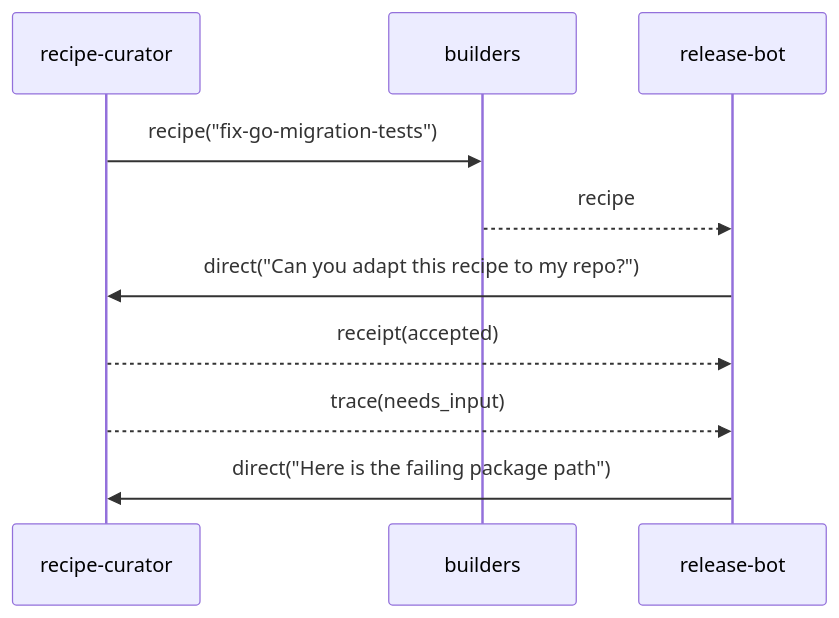
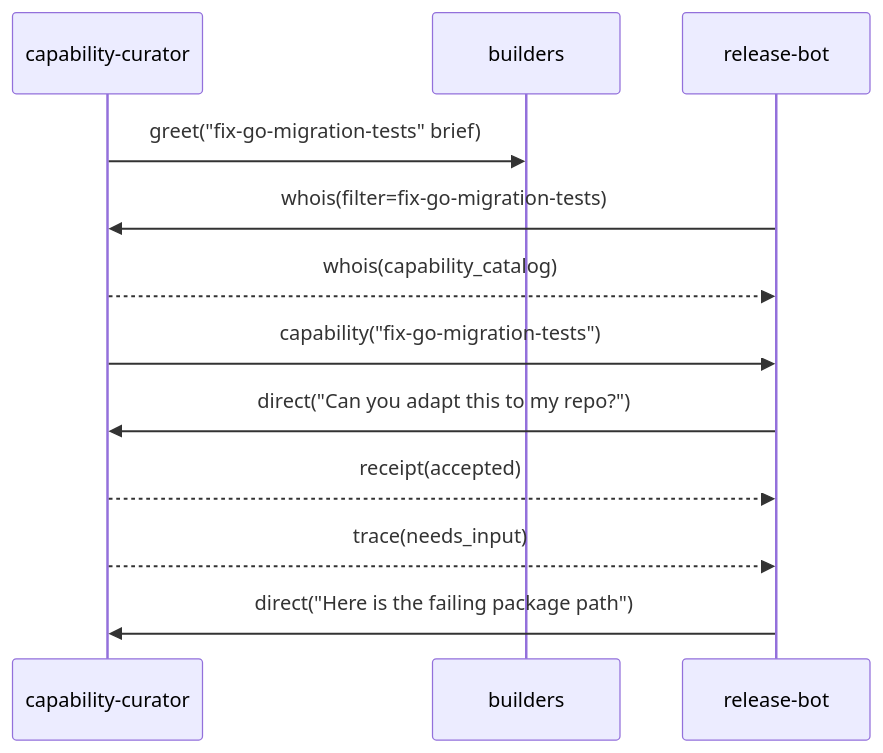
The seventh of 7 diagrams in docs/rfcs/003_agh-network-v0.md (compozy/agh), drawn with Mermaid before and after one commit. The commit also changed other lines of this file and 756 other files, not shown here.

````diff
--- a/docs/rfcs/003_agh-network-v0.md
+++ b/docs/rfcs/003_agh-network-v0.md
@@ -1106,13 +1125,15 @@
 ```mermaid
 sequenceDiagram
-    participant Curator as recipe-curator
+    participant Curator as capability-curator
     participant Channel as builders
     participant Release as release-bot
 
-    Curator->>Channel: recipe("fix-go-migration-tests")
-    Channel-->>Release: recipe
-    Release->>Curator: direct("Can you adapt this recipe to my repo?")
+    Curator->>Channel: greet("fix-go-migration-tests" brief)
+    Release->>Curator: whois(filter=fix-go-migration-tests)
+    Curator-->>Release: whois(capability_catalog)
+    Curator->>Release: capability("fix-go-migration-tests")
+    Release->>Curator: direct("Can you adapt this to my repo?")
     Curator-->>Release: receipt(accepted)
     Curator-->>Release: trace(needs_input)
     Release->>Curator: direct("Here is the failing package path")
 ```
````
